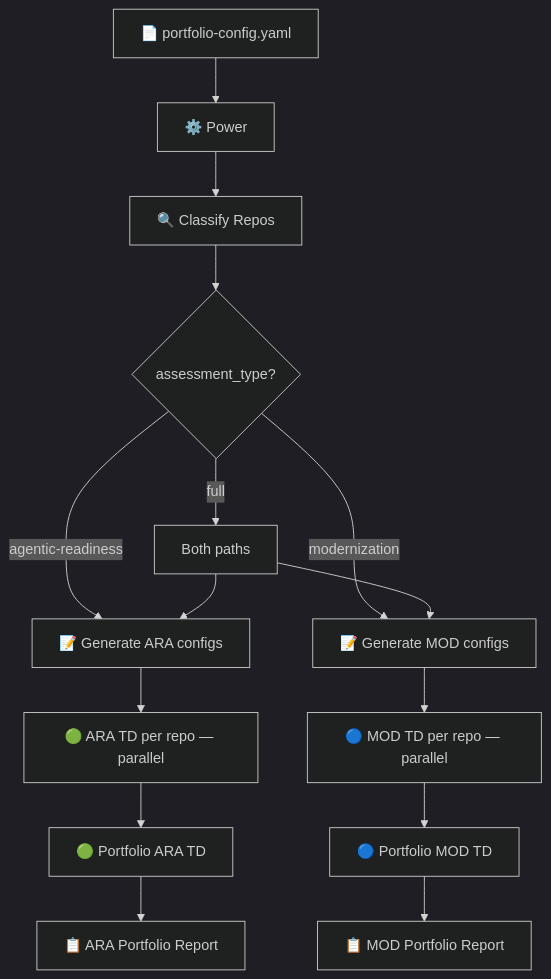
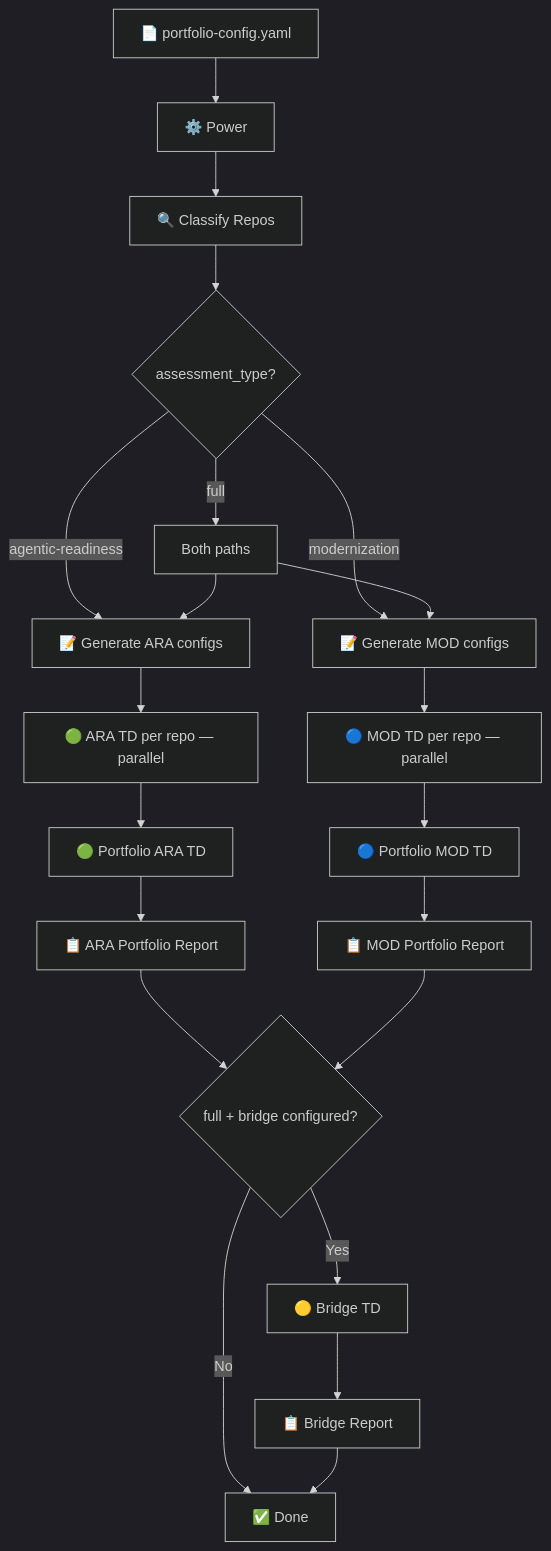
Before and after one commit to aws-samples/sample-agentic-readiness-analysis-orchestrator: the first of 4 diagrams in README.md, drawn with Mermaid (dark theme). The commit also changed other lines of this file and 27 other files, not shown here.

````diff
--- a/README.md
+++ b/README.md
@@ -28,22 +29,29 @@
 ```mermaid
 flowchart TB
     CONFIG[📄 portfolio-config.yaml] --> POWER[⚙️ Power]
     
     POWER --> CLASSIFY[🔍 Classify Repos]
     CLASSIFY --> ROUTE{assessment_type?}
     
     ROUTE -->|agentic-readiness| A_GEN[📝 Generate ARA configs]
     ROUTE -->|modernization| M_GEN[📝 Generate MOD configs]
     ROUTE -->|full| BOTH[Both paths]
     BOTH --> A_GEN
     BOTH --> M_GEN
 
     A_GEN --> A_RUN[🟢 ARA TD per repo — parallel]
     M_GEN --> M_RUN[🔵 MOD TD per repo — parallel]
 
     A_RUN --> A_PORT[🟢 Portfolio ARA TD]
     M_RUN --> M_PORT[🔵 Portfolio MOD TD]
 
     A_PORT --> A_OUT[📋 ARA Portfolio Report]
     M_PORT --> M_OUT[📋 MOD Portfolio Report]
+
+    A_OUT --> BRIDGE{full + bridge configured?}
+    M_OUT --> BRIDGE
+    BRIDGE -->|Yes| BRIDGE_TD[🟡 Bridge TD]
+    BRIDGE_TD --> BRIDGE_OUT[📋 Bridge Report]
+    BRIDGE -->|No| DONE[✅ Done]
+    BRIDGE_OUT --> DONE
 ```
````
